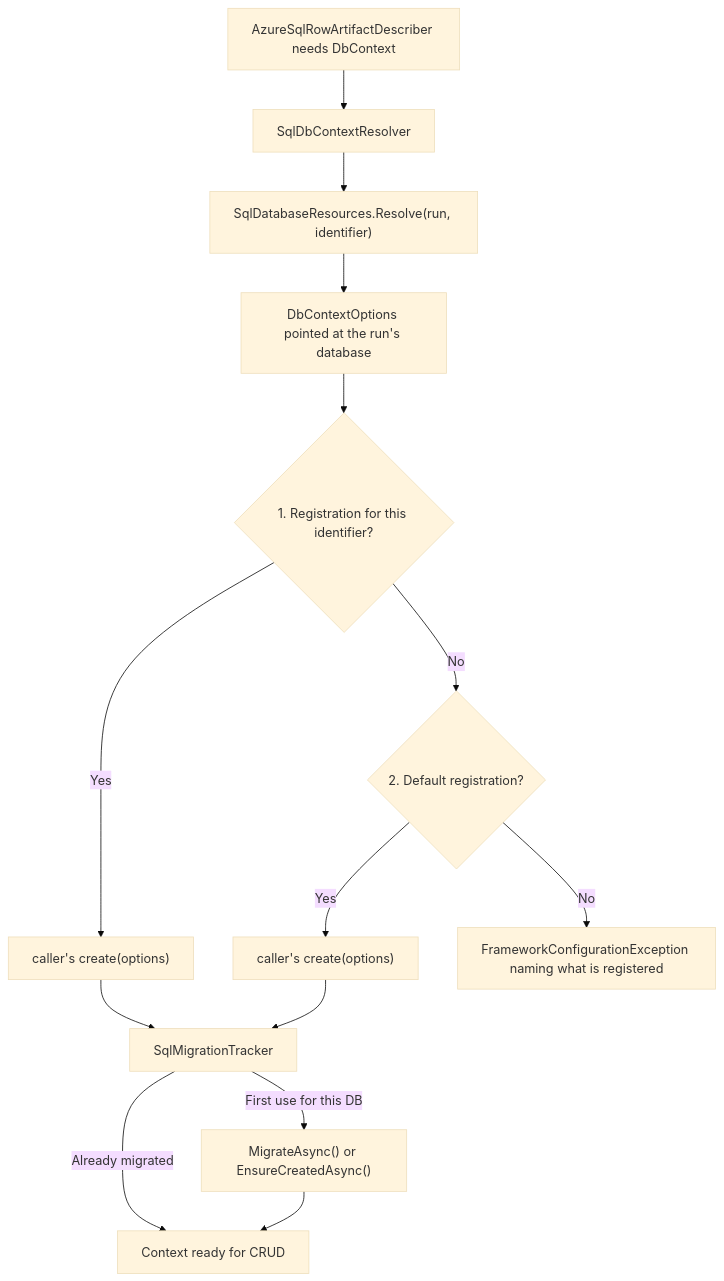
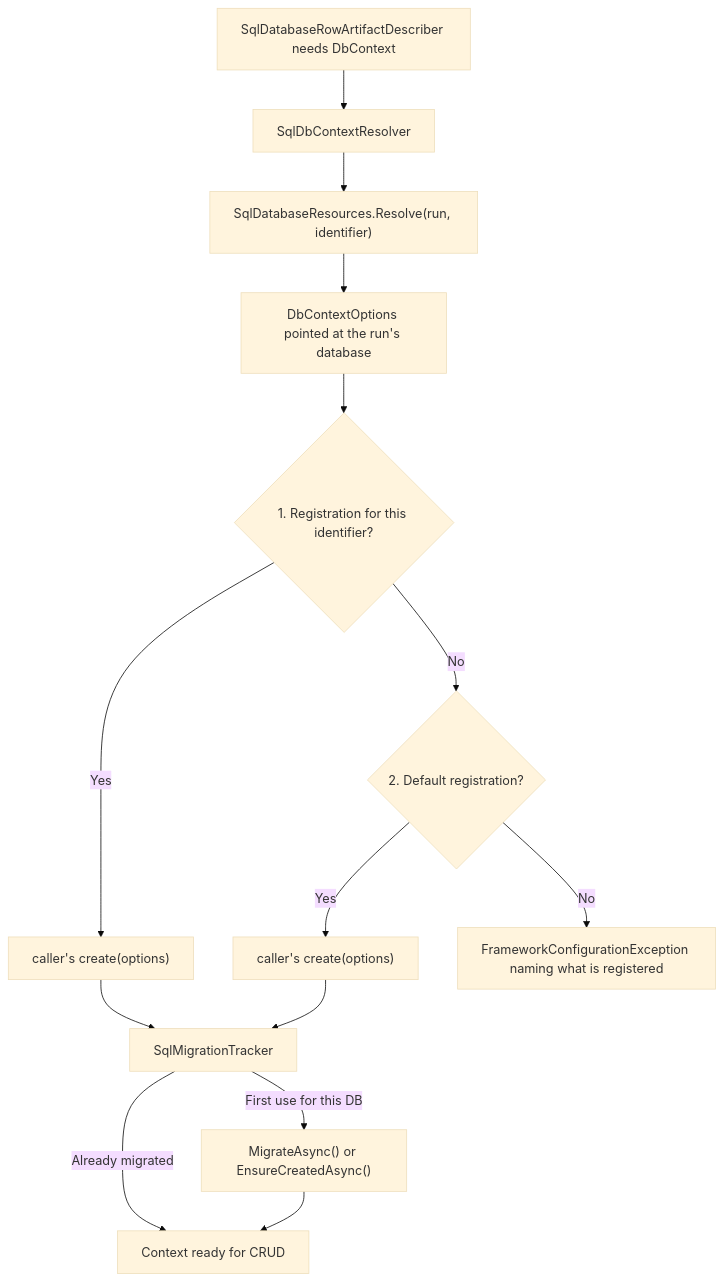
One commit to DeadMoon0/TestFramework-Azure changed the ninth of 17 diagrams in Documentation/Arc42.md. Above: the diagram before and after it, drawn with Mermaid (base theme). The commit also changed other lines of this file and 70 other files, not shown here.

````diff
--- a/Documentation/Arc42.md
+++ b/Documentation/Arc42.md
@@ -402,16 +402,16 @@
 ```mermaid
 graph TD
-    REQ["AzureSqlRowArtifactDescriber needs DbContext"] --> RES[SqlDbContextResolver]
+    REQ["SqlDatabaseRowArtifactDescriber needs DbContext"] --> RES[SqlDbContextResolver]
     RES --> COORD["SqlDatabaseResources.Resolve(run, identifier)"]
     COORD --> OPTS["DbContextOptions pointed at the run's database"]
     OPTS --> T1{"1. Registration for this identifier?"}
     T1 -->|Yes| CTX1["caller's create(options)"]
     T1 -->|No| T3{"2. Default registration?"}
     T3 -->|Yes| CTX3["caller's create(options)"]
     T3 -->|No| ERR[FrameworkConfigurationException naming what is registered]
     CTX1 --> MIG[SqlMigrationTracker]
     CTX3 --> MIG
     MIG -->|First use for this DB| MIGRATE["MigrateAsync() or EnsureCreatedAsync()"]
     MIG -->|Already migrated| READY[Context ready for CRUD]
     MIGRATE --> READY
 ```
````
